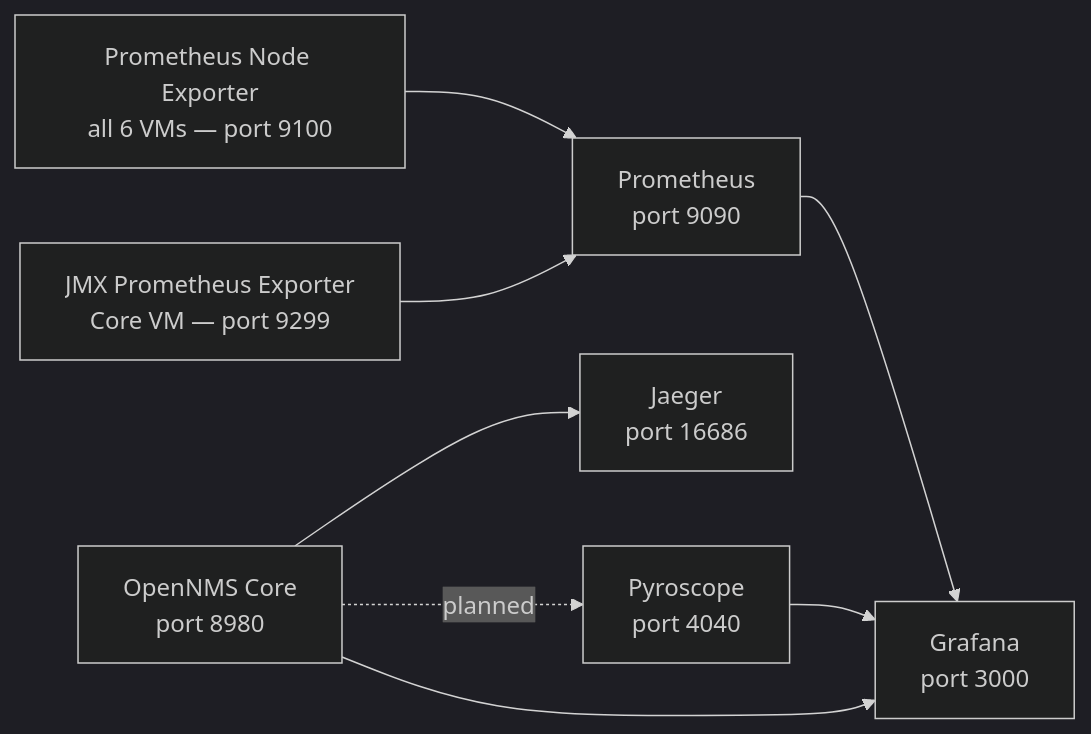
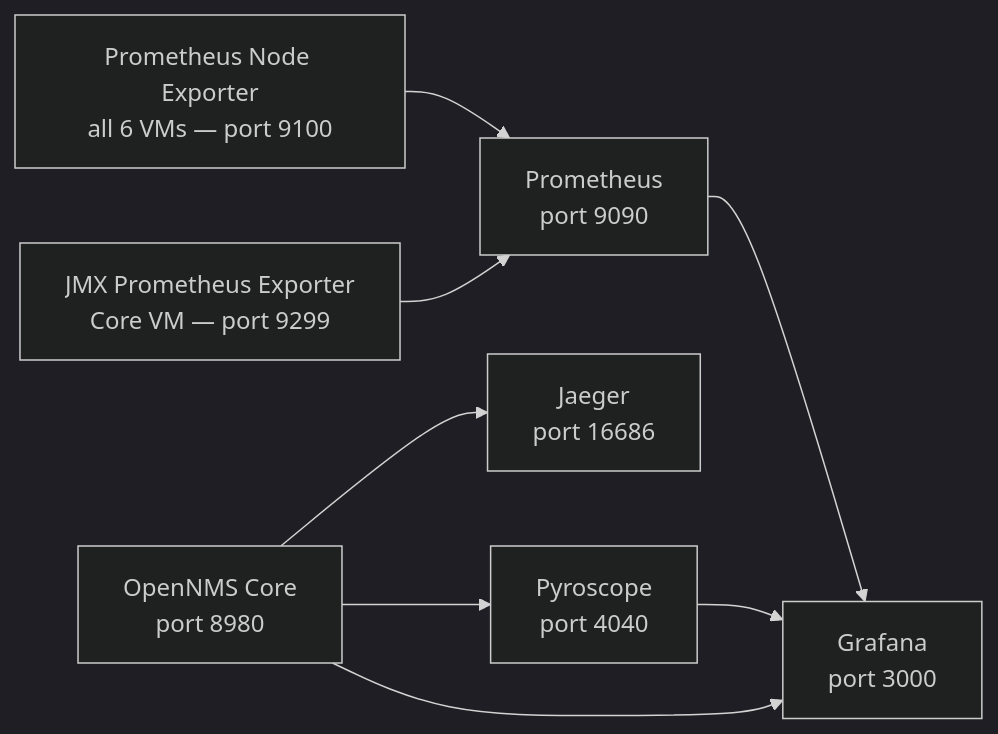
Before and after one commit to indigo423/opennms-benchmark: the third of 3 diagrams in docs/architecture.md, drawn with Mermaid (dark theme). The commit also changed other lines of this file and 9 other files, not shown here.

````diff
--- a/docs/architecture.md
+++ b/docs/architecture.md
@@ -157,18 +157,18 @@
 ```mermaid
 flowchart LR
     NODE[Prometheus Node Exporter\nall 6 VMs — port 9100]
     JMX[JMX Prometheus Exporter\nCore VM — port 9299]
     PROM[Prometheus\nport 9090]
     GRAFANA[Grafana\nport 3000]
     JAEGER[Jaeger\nport 16686]
     PYROSCOPE[Pyroscope\nport 4040]
     OPENNMS[OpenNMS Core\nport 8980]
 
     NODE --> PROM
     JMX --> PROM
     PROM --> GRAFANA
     OPENNMS --> JAEGER
-    OPENNMS -.->|planned| PYROSCOPE
+    OPENNMS --> PYROSCOPE
     PYROSCOPE --> GRAFANA
     OPENNMS --> GRAFANA
 ```
````
